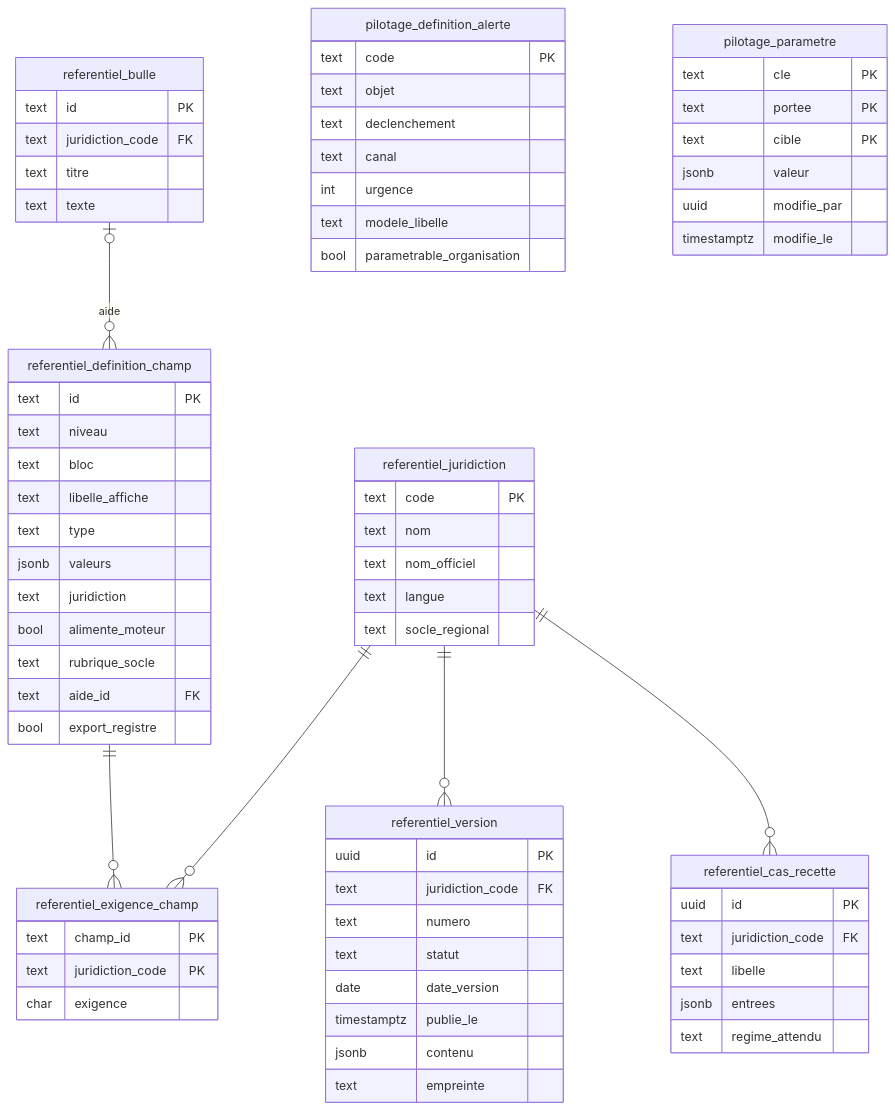
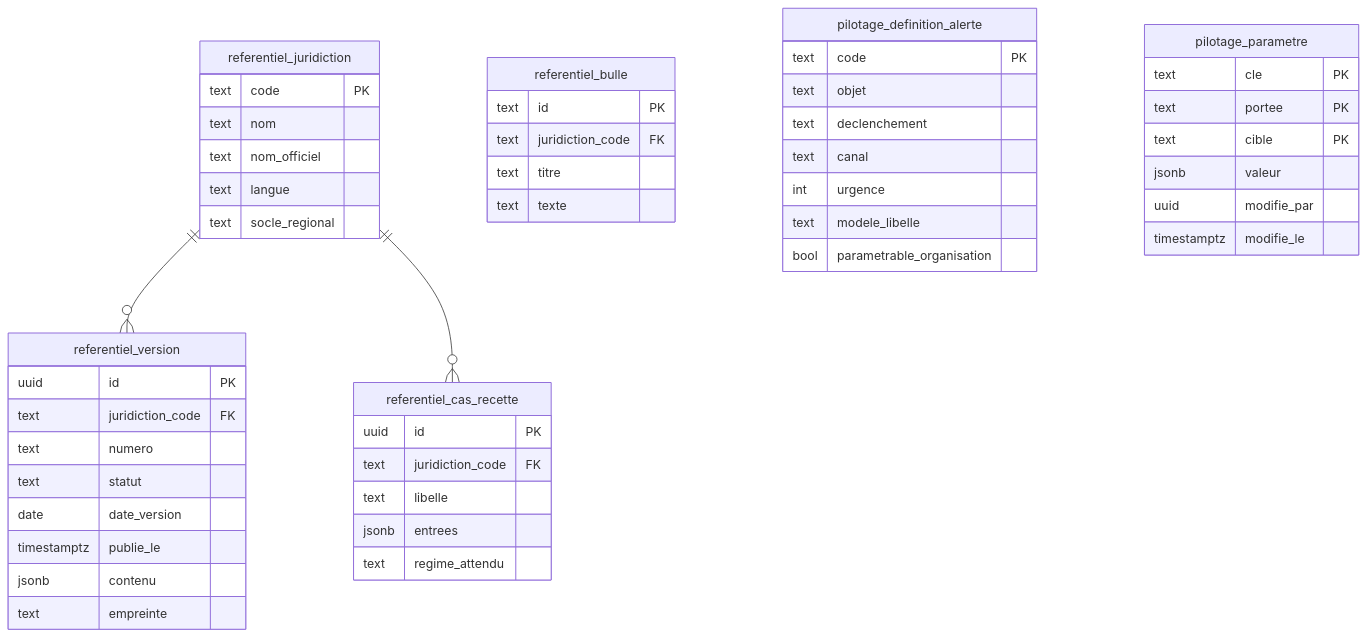
Before and after one commit to DEEVEN-k/ware: the second of 4 diagrams in _modélisation/07-modele-physique-donnees.md, drawn with Mermaid. The commit also changed other lines of this file and 12 other files, not shown here.

````diff
--- a/_modélisation/07-modele-physique-donnees.md
+++ b/_modélisation/07-modele-physique-donnees.md
@@ -90,74 +92,53 @@
 ```mermaid
 erDiagram
     referentiel_juridiction {
         text code PK
         text nom
         text nom_officiel
         text langue
         text socle_regional
     }
     referentiel_version {
         uuid id PK
         text juridiction_code FK
         text numero
         text statut
         date date_version
         timestamptz publie_le
         jsonb contenu
         text empreinte
     }
     referentiel_cas_recette {
         uuid id PK
         text juridiction_code FK
         text libelle
         jsonb entrees
         text regime_attendu
-    }
-    referentiel_definition_champ {
-        text id PK
-        text niveau
-        text bloc
-        text libelle_affiche
-        text type
-        jsonb valeurs
-        text juridiction
-        bool alimente_moteur
-        text rubrique_socle
-        text aide_id FK
-        bool export_registre
-    }
-    referentiel_exigence_champ {
-        text champ_id PK
-        text juridiction_code PK
-        char exigence
     }
     referentiel_bulle {
         text id PK
         text juridiction_code FK
         text titre
         text texte
     }
     pilotage_definition_alerte {
         text code PK
         text objet
         text declenchement
         text canal
         int urgence
         text modele_libelle
         bool parametrable_organisation
     }
     pilotage_parametre {
         text cle PK
         text portee PK
         text cible PK
         jsonb valeur
         uuid modifie_par
         timestamptz modifie_le
     }
 
     referentiel_juridiction ||--o{ referentiel_version : ""
     referentiel_juridiction ||--o{ referentiel_cas_recette : ""
-    referentiel_definition_champ ||--o{ referentiel_exigence_champ : ""
-    referentiel_juridiction ||--o{ referentiel_exigence_champ : ""
-    referentiel_bulle |o--o{ referentiel_definition_champ : "aide"
 ```
````
